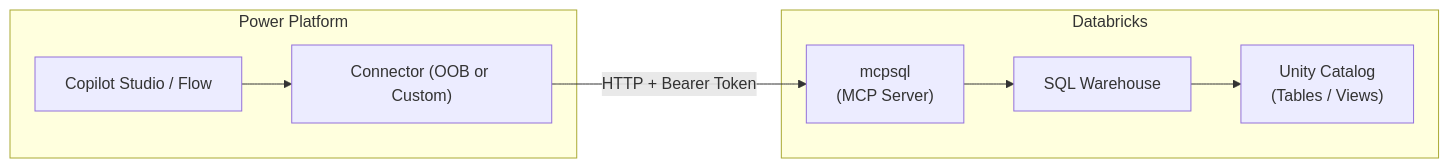
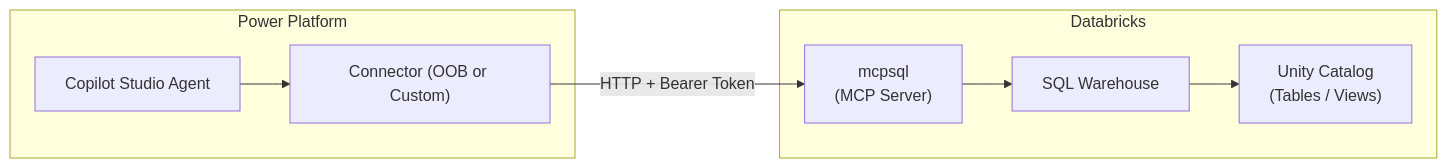
The diagram in docs/20-patterns/databricks/pattern-dbx-mcp-sql.md (briangre/CopilotStudioVirtualNetworking), drawn with Mermaid before and after one commit. The commit also changed other lines of this file and 15 other files, not shown here.

First line of the commit message:
Scope all Power Platform surface references to Copilot Studio agents (#7)

````diff
--- a/docs/20-patterns/databricks/pattern-dbx-mcp-sql.md
+++ b/docs/20-patterns/databricks/pattern-dbx-mcp-sql.md
@@ -9,16 +9,16 @@
 ```mermaid
 flowchart LR
     subgraph PP["Power Platform"]
-        agent["Copilot Studio / Flow"]
+        agent["Copilot Studio Agent"]
         conn["Connector (OOB or Custom)"]
     end
     subgraph DBX["Databricks"]
         mcp["mcpsql\n(MCP Server)"]
         wh["SQL Warehouse"]
         cat["Unity Catalog\n(Tables / Views)"]
     end
     agent --> conn
     conn -- "HTTP + Bearer Token" --> mcp
     mcp --> wh
     wh --> cat
 ```
````
